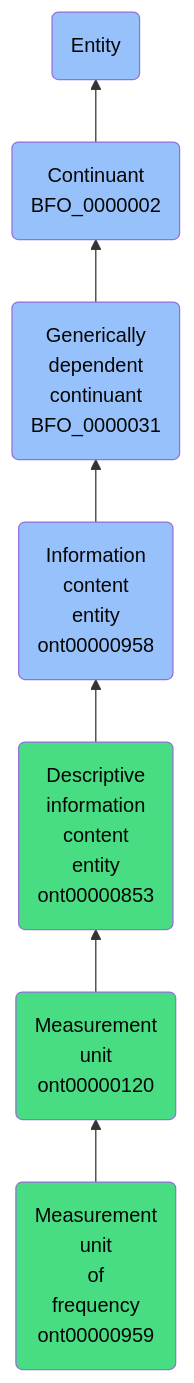
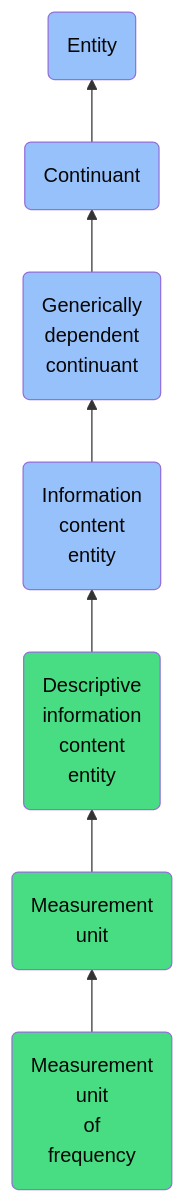
One commit to jupyter-naas/abi changed the diagram in docs/ontology/reference/model/Entity/Continuant/Generically dependent continuant/Information content entity/Descriptive information content entity/Measurement unit/Measurement unit of frequency/Measurement unit of frequency.md. Above: the diagram before and after it, drawn with Mermaid. The commit also changed other lines of this file and 1430 other files, not shown here.

````diff
--- a/docs/ontology/reference/model/Entity/Continuant/Generically dependent continuant/Information content entity/Descriptive information content entity/Measurement unit/Measurement unit of frequency/Measurement unit of frequency.md
+++ b/docs/ontology/reference/model/Entity/Continuant/Generically dependent continuant/Information content entity/Descriptive information content entity/Measurement unit/Measurement unit of frequency/Measurement unit of frequency.md
@@ -24,14 +24,14 @@
 ```mermaid
 graph BT
-    ont00000959(Measurement<br>unit<br>of<br>frequency<br>ont00000959):::ABI-->ont00000120
-    ont00000120(Measurement<br>unit<br>ont00000120):::ABI-->ont00000853
-    ont00000853(Descriptive<br>information<br>content<br>entity<br>ont00000853):::ABI-->ont00000958
-    ont00000958(Information<br>content<br>entity<br>ont00000958):::BFO-->BFO_0000031
-    BFO_0000031(Generically<br>dependent<br>continuant<br>BFO_0000031):::BFO-->BFO_0000002
-    BFO_0000002(Continuant<br>BFO_0000002):::BFO-->BFO_0000001
+    ont00000959(Measurement<br>unit<br>of<br>frequency):::ABI-->ont00000120
+    ont00000120(Measurement<br>unit):::ABI-->ont00000853
+    ont00000853(Descriptive<br>information<br>content<br>entity):::ABI-->ont00000958
+    ont00000958(Information<br>content<br>entity):::BFO-->BFO_0000031
+    BFO_0000031(Generically<br>dependent<br>continuant):::BFO-->BFO_0000002
+    BFO_0000002(Continuant):::BFO-->BFO_0000001
     BFO_0000001(Entity):::BFO
     
     classDef BFO fill:#97c1fb,color:#060606
     classDef CCO fill:#e4c51e,color:#060606
     classDef ABI fill:#48DD82,color:#060606
 ```
````
